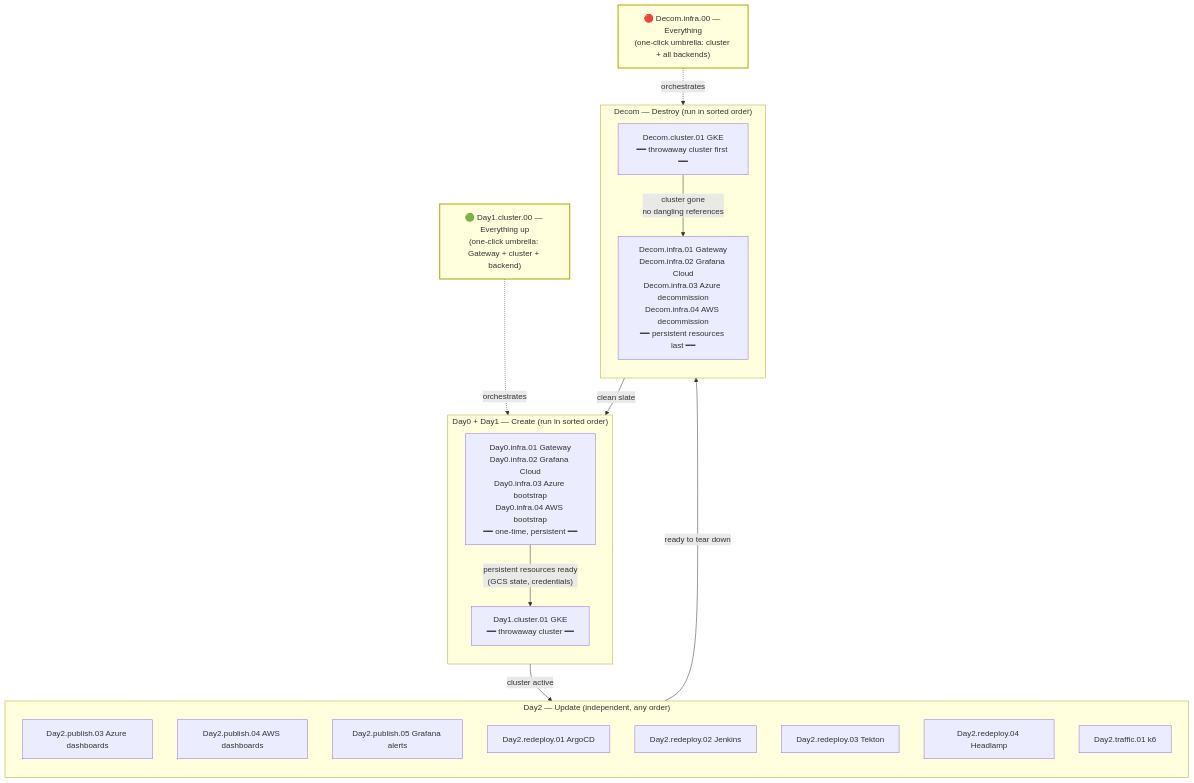
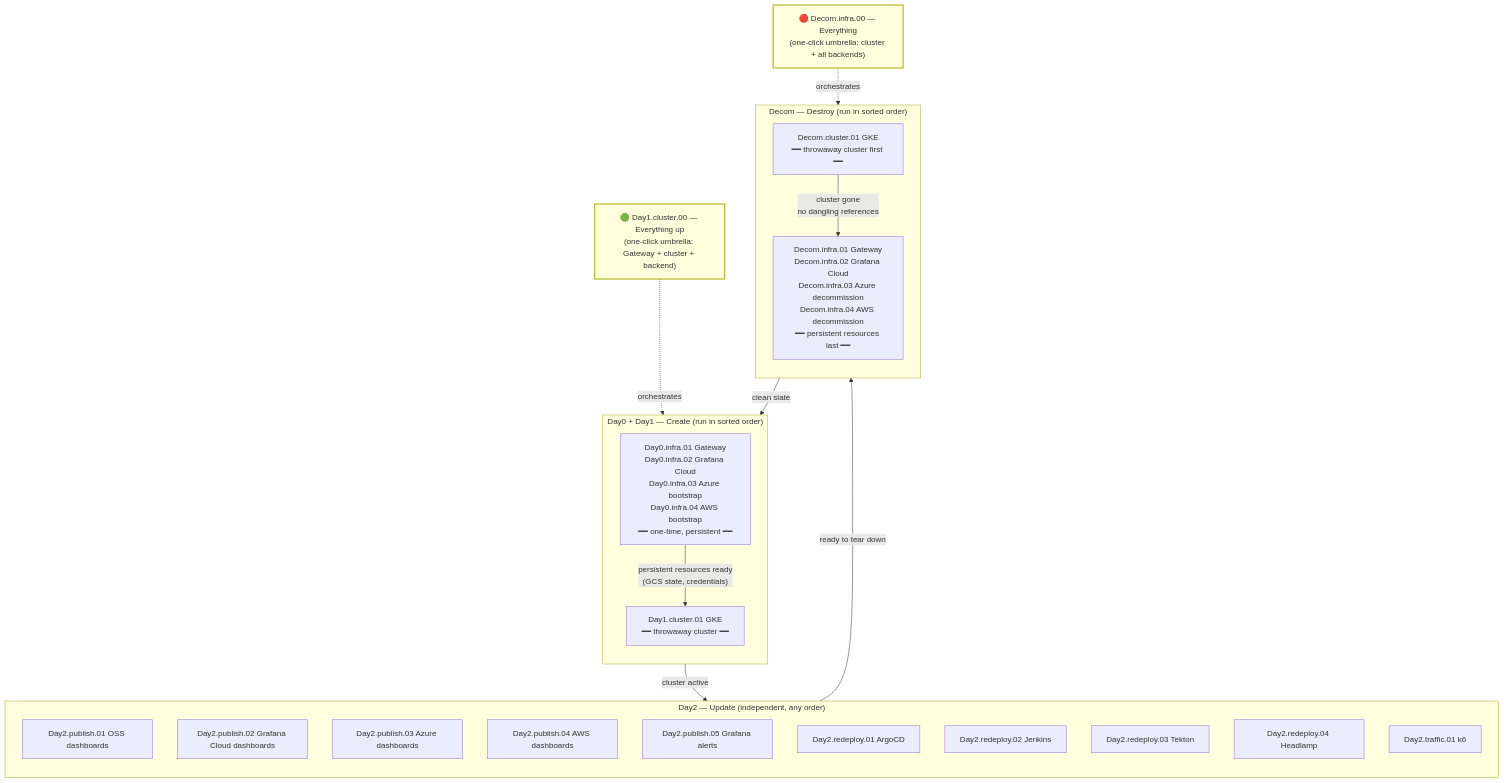
The second of 6 diagrams in docs/101-GITHUB_ACTIONS_WORKFLOWS.md (nubenetes/jenkins-2026), drawn with Mermaid before and after one commit. The commit also changed other lines of this file and 2 other files, not shown here.

First line of the commit message:
feat(ci): add Day2.publish.02-grafana-cloud + record the AppProject develop fix

````diff
--- a/docs/101-GITHUB_ACTIONS_WORKFLOWS.md
+++ b/docs/101-GITHUB_ACTIONS_WORKFLOWS.md
@@ -181,39 +181,41 @@
 ```mermaid
 flowchart TD
     subgraph PHASE0 ["Day0 + Day1 — Create (run in sorted order)"]
         direction TB
         P0_1["Day0.infra.01 Gateway\nDay0.infra.02 Grafana Cloud\nDay0.infra.03 Azure bootstrap\nDay0.infra.04 AWS bootstrap\n━━ one-time, persistent ━━"]
         P0_2["Day1.cluster.01 GKE\n━━ throwaway cluster ━━"]
         P0_1 -->|"persistent resources ready\n(GCS state, credentials)"| P0_2
     end
 
     subgraph PHASE5 ["Day2 — Update (independent, any order)"]
         direction TB
+        P5_1o["Day2.publish.01 OSS dashboards"]
+        P5_1g["Day2.publish.02 Grafana Cloud dashboards"]
         P5_1a["Day2.publish.03 Azure dashboards"]
         P5_1b["Day2.publish.04 AWS dashboards"]
         P5_1c["Day2.publish.05 Grafana alerts"]
         P5_2z["Day2.redeploy.01 ArgoCD"]
         P5_2a["Day2.redeploy.02 Jenkins"]
         P5_2t["Day2.redeploy.03 Tekton"]
         P5_2b["Day2.redeploy.04 Headlamp"]
         P5_9["Day2.traffic.01 k6"]
     end
 
     subgraph PHASE9 ["Decom — Destroy (run in sorted order)"]
         direction TB
         P9_1["Decom.cluster.01 GKE\n━━ throwaway cluster first ━━"]
         P9_2["Decom.infra.01 Gateway\nDecom.infra.02 Grafana Cloud\nDecom.infra.03 Azure decommission\nDecom.infra.04 AWS decommission\n━━ persistent resources last ━━"]
         P9_1 -->|"cluster gone\nno dangling references"| P9_2
     end
 
     UP["🟢 Day1.cluster.00 — Everything up\n(one-click umbrella: Gateway + cluster + backend)"]:::umbrella
     DOWN["🔴 Decom.infra.00 — Everything\n(one-click umbrella: cluster + all backends)"]:::umbrella
     UP -.->|"orchestrates"| PHASE0
     DOWN -.->|"orchestrates"| PHASE9
 
     PHASE0 -->|"cluster active"| PHASE5
     PHASE5 -->|"ready to tear down"| PHASE9
     PHASE9 -->|"clean slate"| PHASE0
 
     classDef umbrella fill:#ffd,stroke:#aa0,stroke-width:2px;
 ```
````
